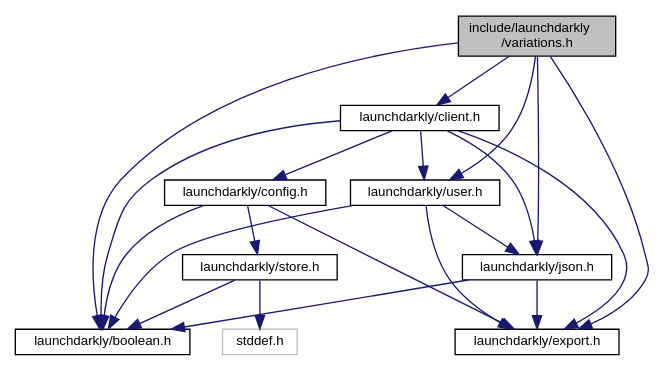
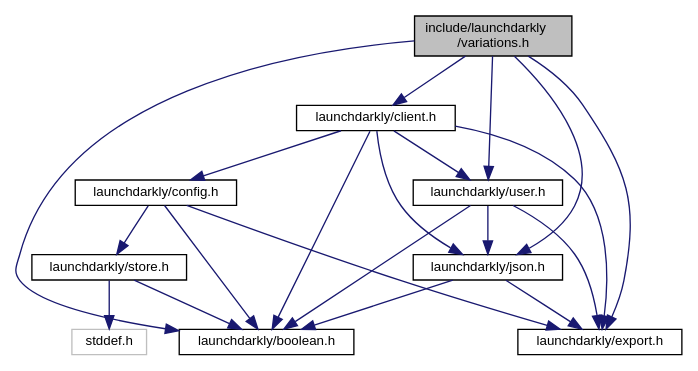
The diagram in variations_8h__incl.dot (launchdarkly/c-server-sdk), drawn with Graphviz before and after one commit. The commit also changed 56 other files, not shown here.

```diff
--- a/variations_8h__incl.dot
+++ b/variations_8h__incl.dot
@@ -1,34 +1,34 @@
 digraph "include/launchdarkly/variations.h"
 {
   edge [fontname="Helvetica",fontsize="10",labelfontname="Helvetica",labelfontsize="10"];
   node [fontname="Helvetica",fontsize="10",shape=record];
   Node0 [label="include/launchdarkly\l/variations.h",height=0.2,width=0.4,color="black", fillcolor="grey75", style="filled", fontcolor="black"];
   Node0 -> Node1 [color="midnightblue",fontsize="10",style="solid",fontname="Helvetica"];
-  Node1 [label="launchdarkly/client.h",height=0.2,width=0.4,color="black", fillcolor="white", style="filled",URL="$client_8h.html",tooltip="Public API Interface for Client operations. "];
-  Node1 -> Node2 [color="midnightblue",fontsize="10",style="solid",fontname="Helvetica"];
-  Node2 [label="launchdarkly/config.h",height=0.2,width=0.4,color="black", fillcolor="white", style="filled",URL="$config_8h.html",tooltip="Public API Interface for Configuration. "];
+  Node1 [label="launchdarkly/boolean.h",height=0.2,width=0.4,color="black", fillcolor="white", style="filled",URL="$boolean_8h.html",tooltip="A custom c89 boolean type. "];
+  Node0 -> Node2 [color="midnightblue",fontsize="10",style="solid",fontname="Helvetica"];
+  Node2 [label="launchdarkly/client.h",height=0.2,width=0.4,color="black", fillcolor="white", style="filled",URL="$client_8h.html",tooltip="Public API Interface for Client operations. "];
+  Node2 -> Node1 [color="midnightblue",fontsize="10",style="solid",fontname="Helvetica"];
   Node2 -> Node3 [color="midnightblue",fontsize="10",style="solid",fontname="Helvetica"];
-  Node3 [label="launchdarkly/export.h",height=0.2,width=0.4,color="black", fillcolor="white", style="filled",URL="$export_8h.html",tooltip="Public. Configuration of exported symbols. "];
+  Node3 [label="launchdarkly/config.h",height=0.2,width=0.4,color="black", fillcolor="white", style="filled",URL="$config_8h.html",tooltip="Public API Interface for Configuration. "];
+  Node3 -> Node1 [color="midnightblue",fontsize="10",style="solid",fontname="Helvetica"];
+  Node3 -> Node4 [color="midnightblue",fontsize="10",style="solid",fontname="Helvetica"];
+  Node4 [label="launchdarkly/export.h",height=0.2,width=0.4,color="black", fillcolor="white", style="filled",URL="$export_8h.html",tooltip="Public. Configuration of exported symbols. "];
+  Node3 -> Node5 [color="midnightblue",fontsize="10",style="solid",fontname="Helvetica"];
+  Node5 [label="launchdarkly/store.h",height=0.2,width=0.4,color="black", fillcolor="white", style="filled",URL="$store_8h.html",tooltip="Public API Interface for Store implementatons. "];
+  Node5 -> Node6 [color="midnightblue",fontsize="10",style="solid",fontname="Helvetica"];
+  Node6 [label="stddef.h",height=0.2,width=0.4,color="grey75", fillcolor="white", style="filled"];
+  Node5 -> Node1 [color="midnightblue",fontsize="10",style="solid",fontname="Helvetica"];
   Node2 -> Node4 [color="midnightblue",fontsize="10",style="solid",fontname="Helvetica"];
-  Node4 [label="launchdarkly/store.h",height=0.2,width=0.4,color="black", fillcolor="white", style="filled",URL="$store_8h.html",tooltip="Public API Interface for Store implementatons. "];
-  Node4 -> Node5 [color="midnightblue",fontsize="10",style="solid",fontname="Helvetica"];
-  Node5 [label="stddef.h",height=0.2,width=0.4,color="grey75", fillcolor="white", style="filled"];
-  Node4 -> Node6 [color="midnightblue",fontsize="10",style="solid",fontname="Helvetica"];
-  Node6 [label="launchdarkly/boolean.h",height=0.2,width=0.4,color="black", fillcolor="white", style="filled",URL="$boolean_8h.html",tooltip="A custom c89 boolean type. "];
-  Node2 -> Node6 [color="midnightblue",fontsize="10",style="solid",fontname="Helvetica"];
-  Node1 -> Node7 [color="midnightblue",fontsize="10",style="solid",fontname="Helvetica"];
-  Node7 [label="launchdarkly/user.h",height=0.2,width=0.4,color="black", fillcolor="white", style="filled",URL="$user_8h.html",tooltip="Public API Interface for User construction. "];
-  Node7 -> Node8 [color="midnightblue",fontsize="10",style="solid",fontname="Helvetica"];
-  Node8 [label="launchdarkly/json.h",height=0.2,width=0.4,color="black", fillcolor="white", style="filled",URL="$json_8h.html",tooltip="Public API Interface for JSON usage. "];
-  Node8 -> Node3 [color="midnightblue",fontsize="10",style="solid",fontname="Helvetica"];
-  Node8 -> Node6 [color="midnightblue",fontsize="10",style="solid",fontname="Helvetica"];
-  Node7 -> Node3 [color="midnightblue",fontsize="10",style="solid",fontname="Helvetica"];
-  Node7 -> Node6 [color="midnightblue",fontsize="10",style="solid",fontname="Helvetica"];
-  Node1 -> Node8 [color="midnightblue",fontsize="10",style="solid",fontname="Helvetica"];
-  Node1 -> Node3 [color="midnightblue",fontsize="10",style="solid",fontname="Helvetica"];
-  Node1 -> Node6 [color="midnightblue",fontsize="10",style="solid",fontname="Helvetica"];
+  Node2 -> Node7 [color="midnightblue",fontsize="10",style="solid",fontname="Helvetica"];
+  Node7 [label="launchdarkly/json.h",height=0.2,width=0.4,color="black", fillcolor="white", style="filled",URL="$json_8h.html",tooltip="Public API Interface for JSON usage. "];
+  Node7 -> Node1 [color="midnightblue",fontsize="10",style="solid",fontname="Helvetica"];
+  Node7 -> Node4 [color="midnightblue",fontsize="10",style="solid",fontname="Helvetica"];
+  Node2 -> Node8 [color="midnightblue",fontsize="10",style="solid",fontname="Helvetica"];
+  Node8 [label="launchdarkly/user.h",height=0.2,width=0.4,color="black", fillcolor="white", style="filled",URL="$user_8h.html",tooltip="Public API Interface for User construction. "];
+  Node8 -> Node1 [color="midnightblue",fontsize="10",style="solid",fontname="Helvetica"];
+  Node8 -> Node4 [color="midnightblue",fontsize="10",style="solid",fontname="Helvetica"];
+  Node8 -> Node7 [color="midnightblue",fontsize="10",style="solid",fontname="Helvetica"];
+  Node0 -> Node4 [color="midnightblue",fontsize="10",style="solid",fontname="Helvetica"];
   Node0 -> Node7 [color="midnightblue",fontsize="10",style="solid",fontname="Helvetica"];
   Node0 -> Node8 [color="midnightblue",fontsize="10",style="solid",fontname="Helvetica"];
-  Node0 -> Node3 [color="midnightblue",fontsize="10",style="solid",fontname="Helvetica"];
-  Node0 -> Node6 [color="midnightblue",fontsize="10",style="solid",fontname="Helvetica"];
 }
```
